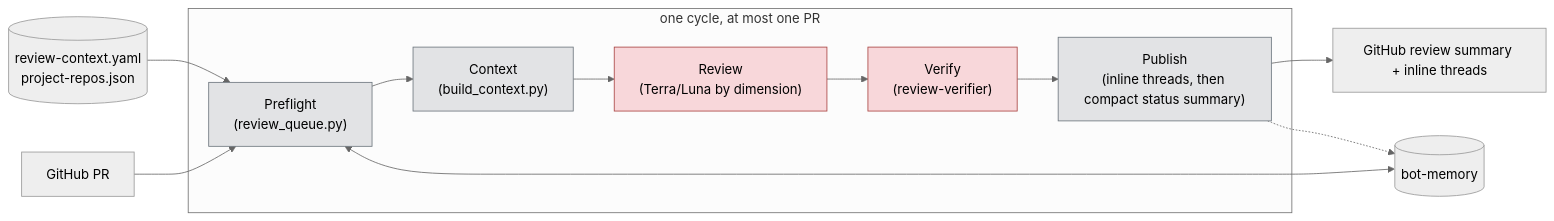
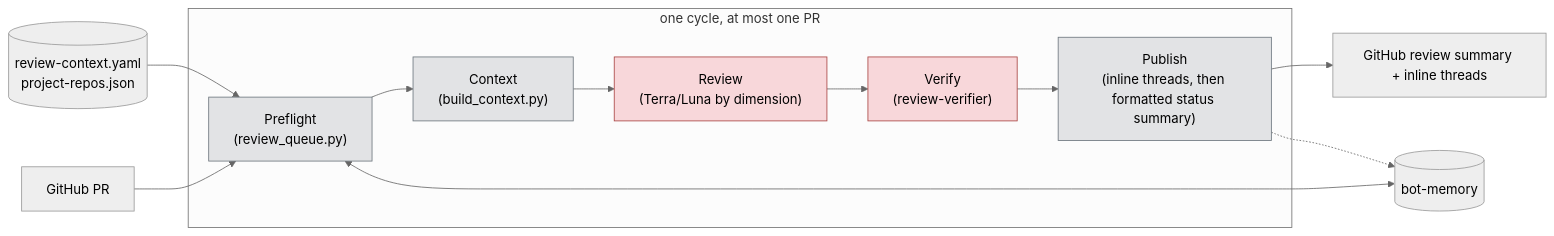
Before and after one commit to RedHatInsights/fabric-access-ai-dev: the first of 4 diagrams in instance/rbac-config-review/agent/workflows/review-only/WORKFLOW.md, drawn with Mermaid (neutral theme). The commit also changed other lines of this file and 4 other files, not shown here.

````diff
--- a/instance/rbac-config-review/agent/workflows/review-only/WORKFLOW.md
+++ b/instance/rbac-config-review/agent/workflows/review-only/WORKFLOW.md
@@ -24,19 +26,19 @@
 ```mermaid
 flowchart LR
     Config[("review-context.yaml<br/>project-repos.json")] --> A
     GH1["GitHub PR"] --> A
     Memory[("bot-memory")] <--> A
     subgraph Cycle["one cycle, at most one PR"]
         A["Preflight<br/>(review_queue.py)"] --> B["Context<br/>(build_context.py)"]
         B --> C["Review<br/>(Terra/Luna by dimension)"]
         C --> D["Verify<br/>(review-verifier)"]
-        D --> E["Publish<br/>(inline threads, then compact status summary)"]
+        D --> E["Publish<br/>(inline threads, then formatted status summary)"]
     end
     E --> GH2["GitHub review summary + inline threads"]
     E -.-> Memory
 
     classDef script fill:#e2e3e5,stroke:#6c757d,color:#000;
     classDef ai fill:#f8d7da,stroke:#a94442,color:#000;
     class A,B,E script;
     class C,T,D,M ai;
 ```
````
